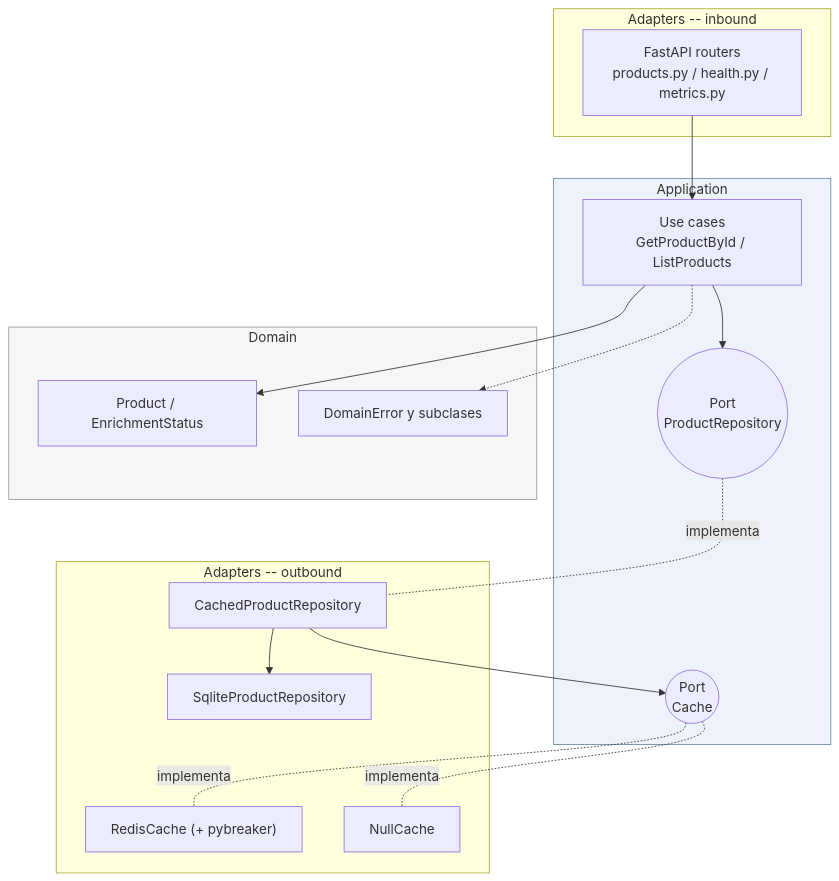
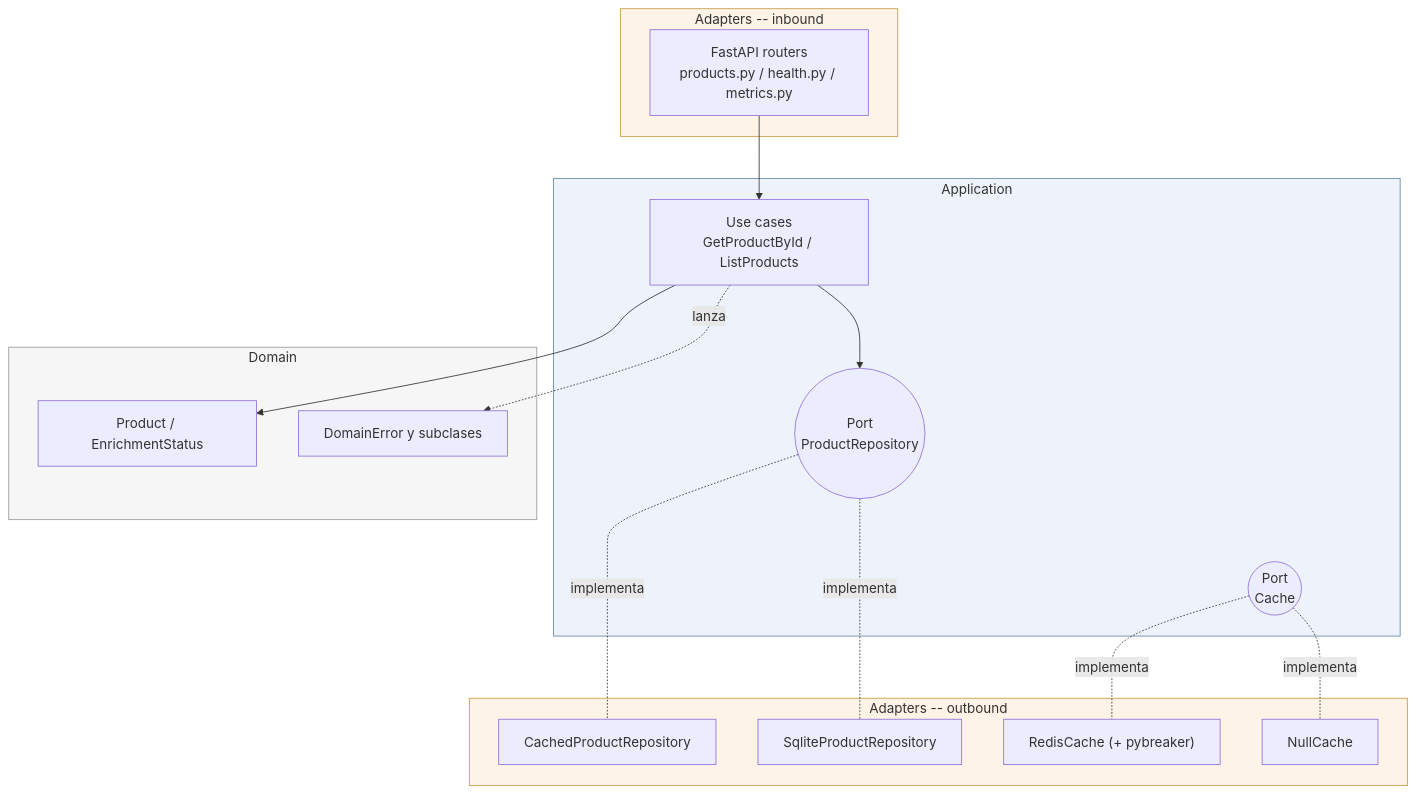
One commit to Joaquin1128/meli-data-governance-challenge changed the first of 3 diagrams in docs/architecture.md. Above: the diagram before and after it, drawn with Mermaid. The commit also changed other lines of this file and 1 other file, not shown here.

````diff
--- a/docs/architecture.md
+++ b/docs/architecture.md
@@ -294,37 +310,39 @@
 ```mermaid
 graph TD
     subgraph inbound["Adapters -- inbound"]
         HTTP["FastAPI routers<br/>products.py / health.py / metrics.py"]
     end
 
     subgraph app["Application"]
         UC["Use cases<br/>GetProductById / ListProducts"]
         PortRepo(("Port<br/>ProductRepository"))
         PortCache(("Port<br/>Cache"))
     end
 
     subgraph domain["Domain"]
         Entity["Product / EnrichmentStatus"]
         Exc["DomainError y subclases"]
     end
 
     subgraph outbound["Adapters -- outbound"]
         Cached["CachedProductRepository"]
         Sqlite["SqliteProductRepository"]
         Redis["RedisCache (+ pybreaker)"]
         Null["NullCache"]
     end
 
     HTTP --> UC
     UC --> PortRepo
     UC --> Entity
-    UC -.-> Exc
+    UC -.lanza.-> Exc
+    PortRepo ~~~ PortCache
     PortRepo -.implementa.- Cached
-    Cached --> PortCache
-    Cached --> Sqlite
+    PortRepo -.implementa.- Sqlite
     PortCache -.implementa.- Redis
     PortCache -.implementa.- Null
 
     style domain fill:#f6f6f6,stroke:#999
     style app fill:#eef3fb,stroke:#6688aa
+    style inbound fill:#fdf3e7,stroke:#c99a45
+    style outbound fill:#fdf3e7,stroke:#c99a45
 ```
````
